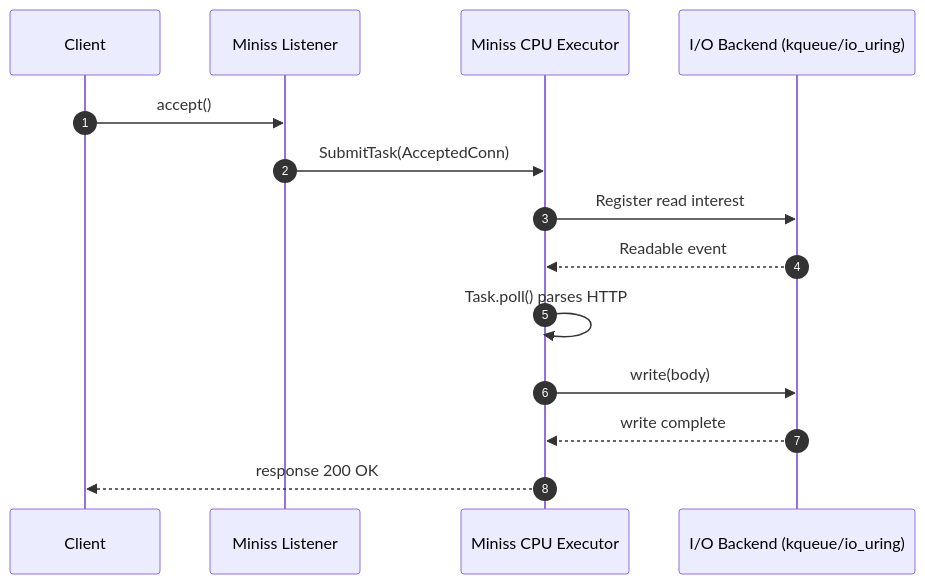
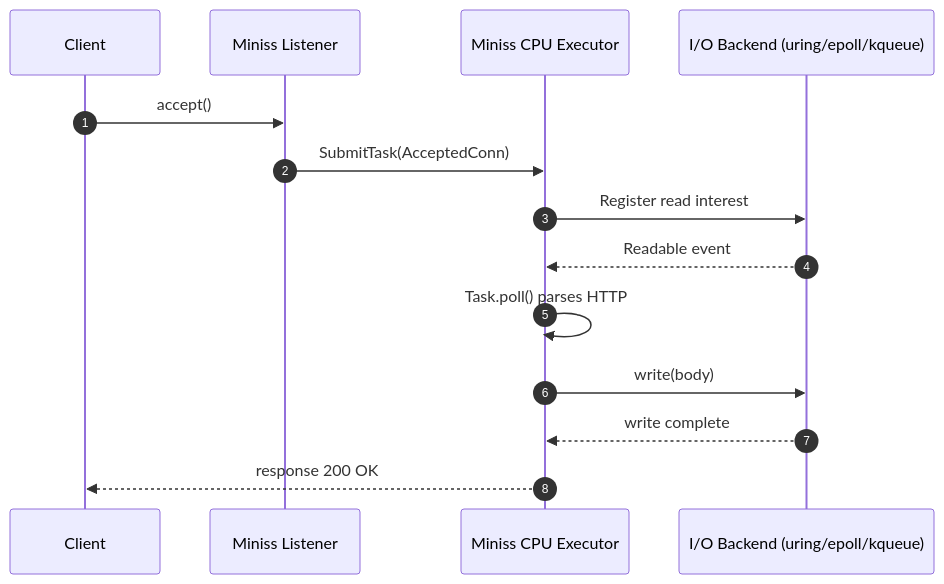
The first of 2 diagrams in docs/ARCHITECTURE.md (hu00yan/rust-miniss), drawn with Mermaid before and after one commit. The commit also changed other lines of this file and 63 other files, not shown here.

````diff
--- a/docs/ARCHITECTURE.md
+++ b/docs/ARCHITECTURE.md
@@ -57,17 +58,17 @@
 ```mermaid
 sequenceDiagram
     autonumber
     participant Client
     participant Listener as Miniss Listener
     participant CPU as Miniss CPU Executor
-    participant Backend as I/O Backend (kqueue/io_uring)
+    participant Backend as I/O Backend (uring/epoll/kqueue)
 
     Client->>Listener: accept()
     Listener->>CPU: SubmitTask(AcceptedConn)
     CPU->>Backend: Register read interest
     Backend-->>CPU: Readable event
     CPU->>CPU: Task.poll() parses HTTP
     CPU->>Backend: write(body)
     Backend-->>CPU: write complete
     CPU-->>Client: response 200 OK
 ```
````
